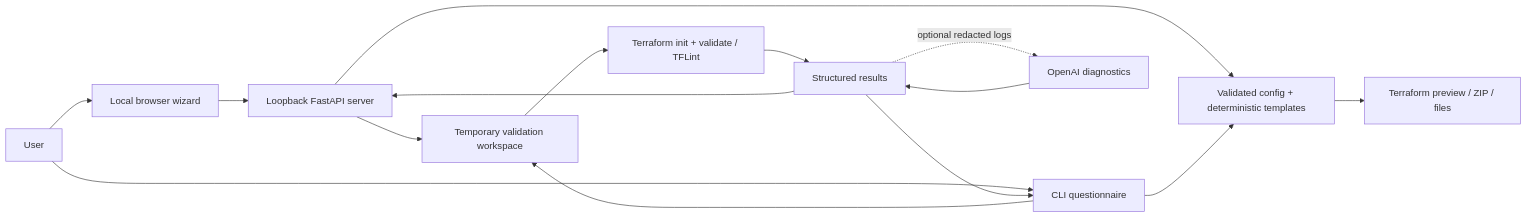
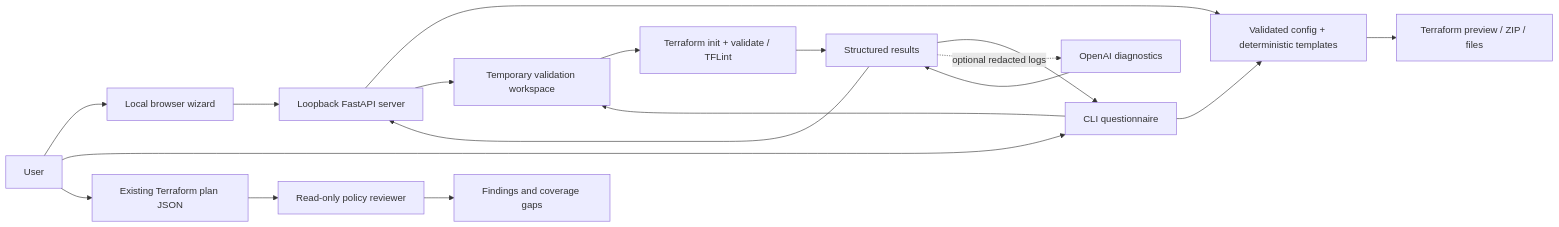
The diagram in docs/ARCHITECTURE.md (chriswayneh/TerraForma-IaC), drawn with Mermaid before and after one commit. The commit also changed other lines of this file and 4 other files, not shown here.

Commit message:
Align roadmap and documentation layout with project portfolio

````diff
--- a/docs/ARCHITECTURE.md
+++ b/docs/ARCHITECTURE.md
@@ -5,17 +7,20 @@
 ```mermaid
 flowchart LR
     User[User] --> Browser[Local browser wizard]
     User --> CLI[CLI questionnaire]
     Browser --> API[Loopback FastAPI server]
     API --> Generator[Validated config + deterministic templates]
     CLI --> Generator
     Generator --> Preview[Terraform preview / ZIP / files]
     API --> Sandbox[Temporary validation workspace]
     CLI --> Sandbox
     Sandbox --> Tools[Terraform init + validate / TFLint]
     Tools --> Results[Structured results]
     Results --> API
     Results --> CLI
     Results -. optional redacted logs .-> AI[OpenAI diagnostics]
     AI --> Results
+    User --> Plan[Existing Terraform plan JSON]
+    Plan --> Review[Read-only policy reviewer]
+    Review --> Report[Findings and coverage gaps]
 ```
````
